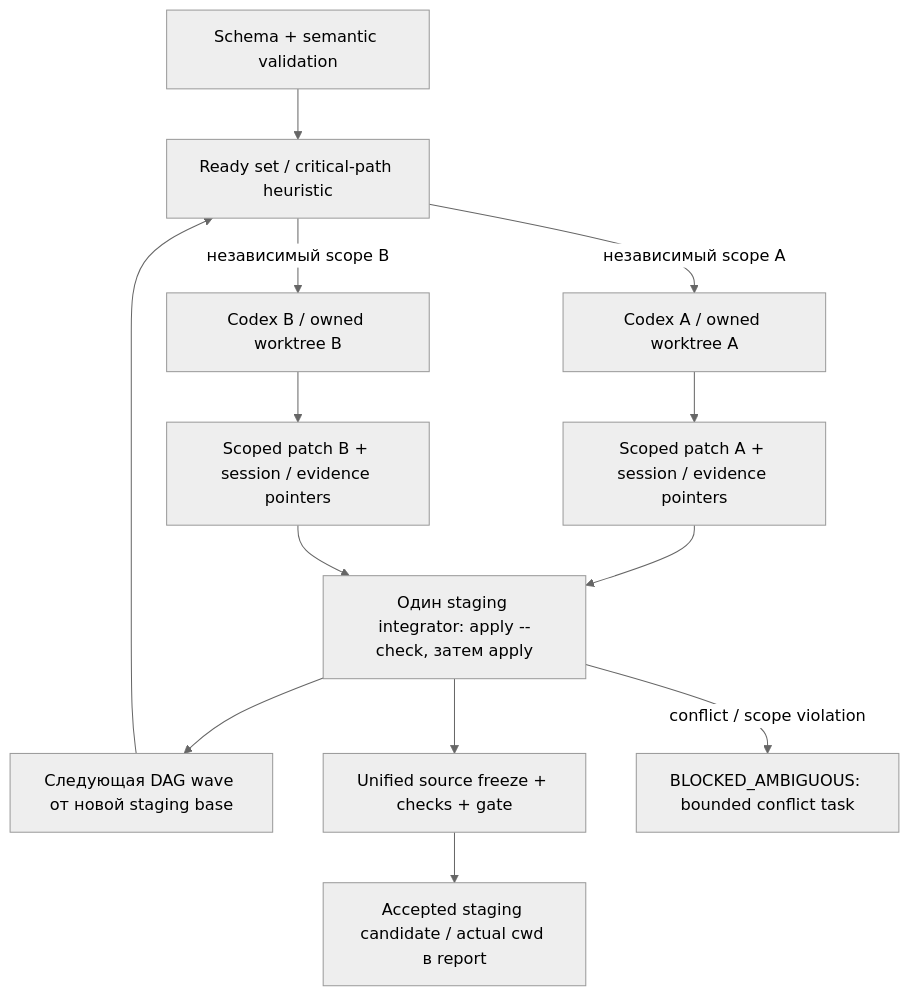
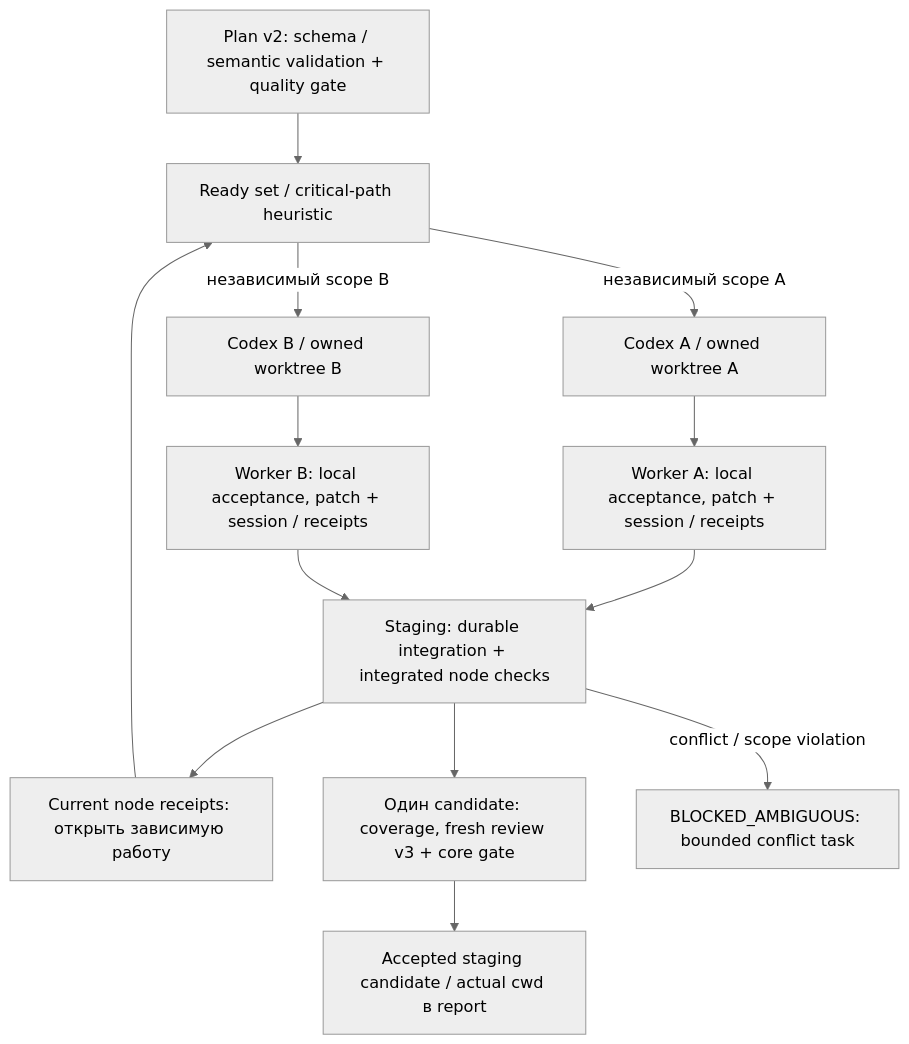
The diagram in docs/DYNAMIC_AGENTS_RU.md (SUKUNA-AI/agent-harness), drawn with Mermaid (neutral theme) before and after one commit. The commit also changed other lines of this file and 62 other files, not shown here.

First line of the commit message:
docs: align all current guides and diagrams with Agent Harness 1.6.0

````diff
--- a/docs/DYNAMIC_AGENTS_RU.md
+++ b/docs/DYNAMIC_AGENTS_RU.md
@@ -36,15 +39,15 @@
 ```mermaid
 flowchart TD
-    P["Schema + semantic validation"] --> Q["Ready set / critical-path heuristic"]
+    P["Plan v2: schema / semantic validation + quality gate"] --> Q["Ready set / critical-path heuristic"]
     Q -->|"независимый scope A"| A["Codex A / owned worktree A"]
     Q -->|"независимый scope B"| B["Codex B / owned worktree B"]
-    A --> PA["Scoped patch A + session / evidence pointers"]
-    B --> PB["Scoped patch B + session / evidence pointers"]
-    PA --> I["Один staging integrator: apply --check, затем apply"]
+    A --> PA["Worker A: local acceptance, patch + session / receipts"]
+    B --> PB["Worker B: local acceptance, patch + session / receipts"]
+    PA --> I["Staging: durable integration + integrated node checks"]
     PB --> I
-    I --> D["Следующая DAG wave от новой staging base"]
+    I --> D["Current node receipts: открыть зависимую работу"]
     D --> Q
-    I --> F["Unified source freeze + checks + gate"]
+    I --> F["Один candidate: coverage, fresh review v3 + core gate"]
     F --> V["Accepted staging candidate / actual cwd в report"]
     I -->|"conflict / scope violation"| C["BLOCKED_AMBIGUOUS: bounded conflict task"]
 ```
````
